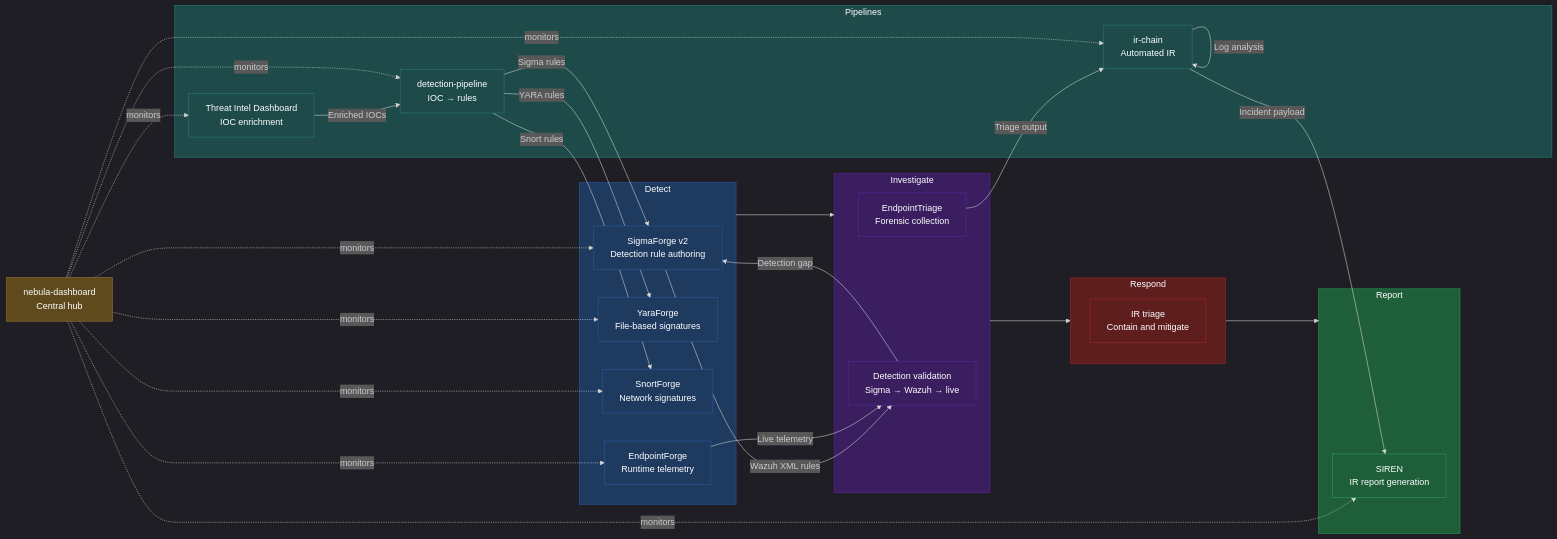
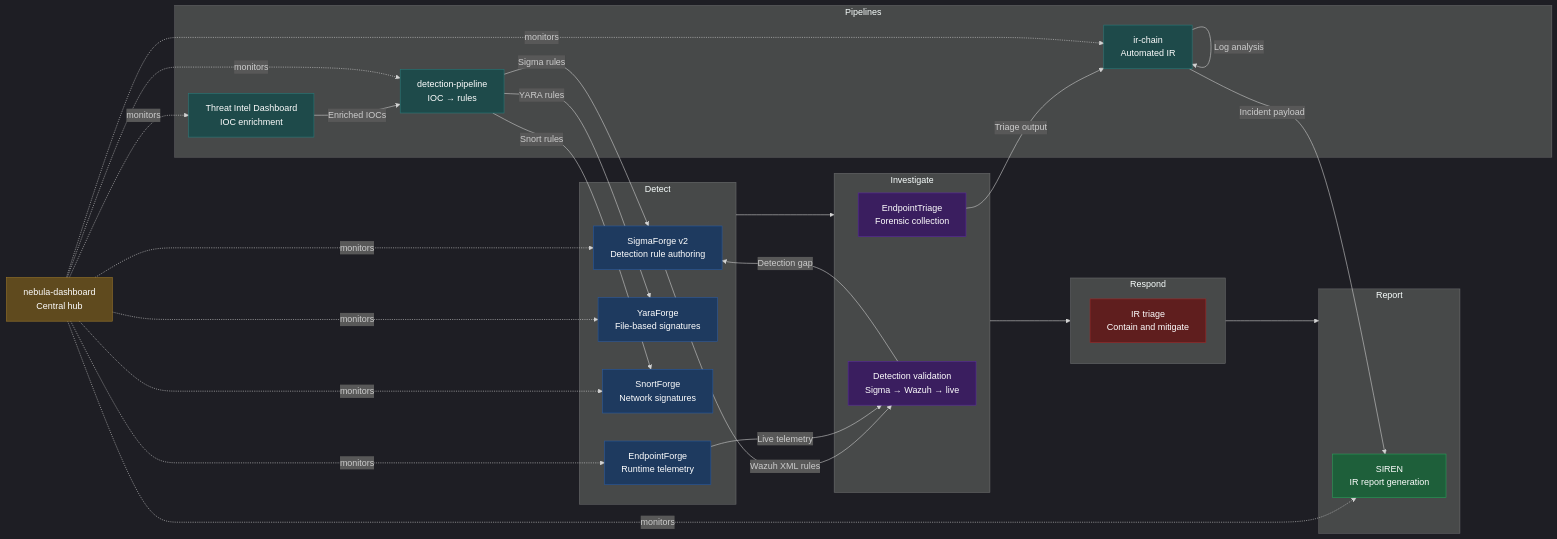
Before and after one commit to Rootless-Ghost/Nebula-Forge: the diagram in README.md, drawn with Mermaid.

````diff
--- a/README.md
+++ b/README.md
@@ -17,75 +17,70 @@
 ```mermaid
 %%{init: {'theme': 'dark'}}%%
 flowchart LR
     subgraph Detect
         SF[SigmaForge v2\nDetection rule authoring]
         YF[YaraForge\nFile-based signatures]
         SNF[SnortForge\nNetwork signatures]
         EF[EndpointForge\nRuntime telemetry]
     end
 
     subgraph Investigate
         ET[EndpointTriage\nForensic collection]
         DV[Detection validation\nSigma → Wazuh → live]
     end
 
     subgraph Respond
         IR[IR triage\nContain and mitigate]
     end
 
     subgraph Report
         SR[SIREN\nIR report generation]
     end
 
     subgraph Pipelines
         TI[Threat Intel Dashboard\nIOC enrichment]
         DP[detection-pipeline\nIOC → rules]
         IC[ir-chain\nAutomated IR]
     end
 
     ND[nebula-dashboard\nCentral hub]
 
     Detect --> Investigate --> Respond --> Report
 
     SF -->|Wazuh XML rules| DV
     EF -->|Live telemetry| DV
     DV -->|Detection gap| SF
 
     TI -->|Enriched IOCs| DP
     DP -->|Sigma rules| SF
     DP -->|YARA rules| YF
     DP -->|Snort rules| SNF
 
     ET -->|Triage output| IC
     IC -->|Log analysis| IC
     IC -->|Incident payload| SR
 
     ND -.->|monitors| SF
     ND -.->|monitors| YF
     ND -.->|monitors| SNF
     ND -.->|monitors| EF
     ND -.->|monitors| TI
     ND -.->|monitors| SR
     ND -.->|monitors| DP
     ND -.->|monitors| IC
 
     classDef detect     fill:#1e3a5f,stroke:#2a5a9f,color:#fff
     classDef investigate fill:#3a1e5f,stroke:#5a2a9f,color:#fff
     classDef respond    fill:#5f1e1e,stroke:#9f2a2a,color:#fff
     classDef report     fill:#1e5f3a,stroke:#2a9f5a,color:#fff
     classDef pipeline   fill:#1e4a4a,stroke:#2a7a7a,color:#fff
     classDef hub        fill:#5f4a1e,stroke:#9f7a2a,color:#fff
 
     class SF,YF,SNF,EF detect
     class ET,DV investigate
     class IR respond
     class SR report
     class TI,DP,IC pipeline
     class ND hub
 
-    style Detect      fill:#1e3a5f,stroke:#2a5a9f,color:#fff
-    style Investigate fill:#3a1e5f,stroke:#5a2a9f,color:#fff
-    style Respond     fill:#5f1e1e,stroke:#9f2a2a,color:#fff
-    style Report      fill:#1e5f3a,stroke:#2a9f5a,color:#fff
-    style Pipelines   fill:#1e4a4a,stroke:#2a7a7a,color:#fff
 ```
````
